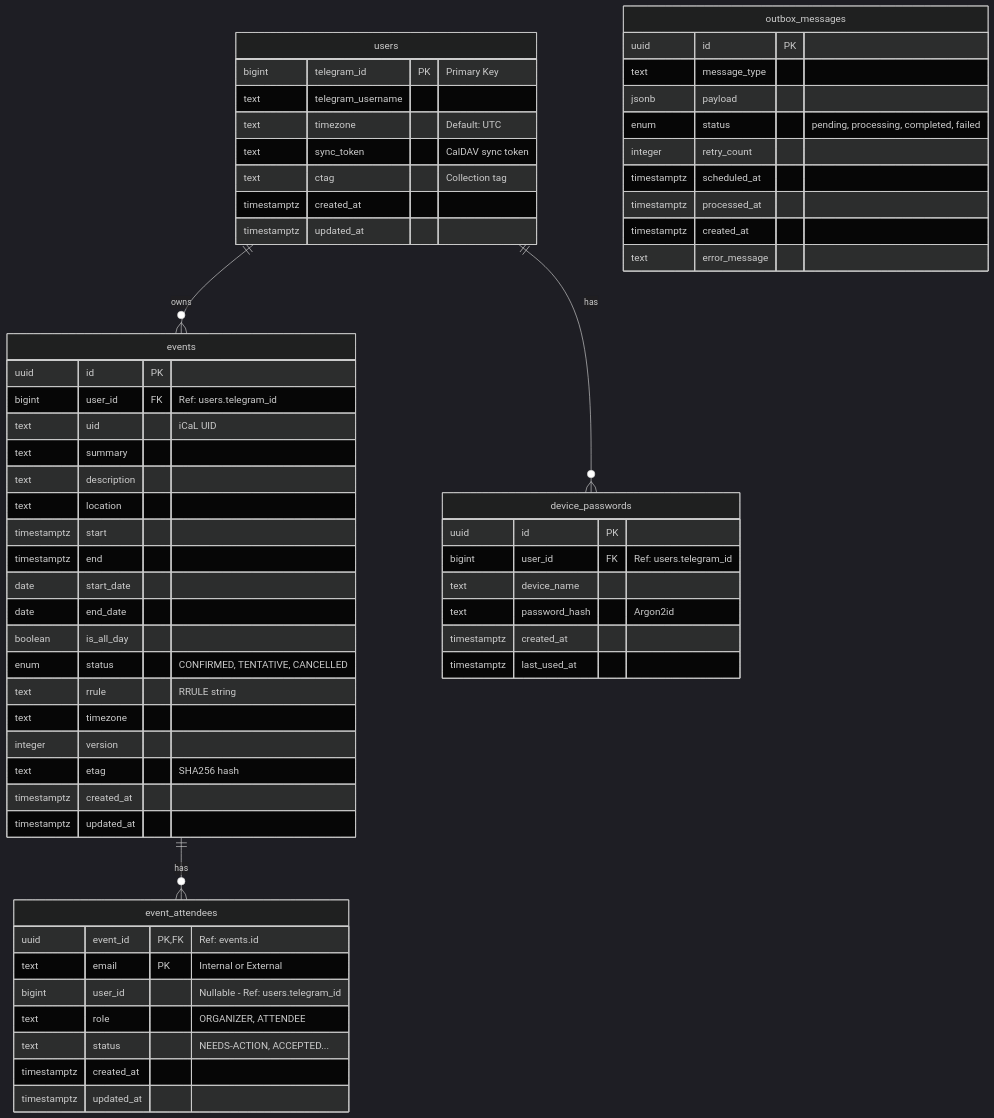
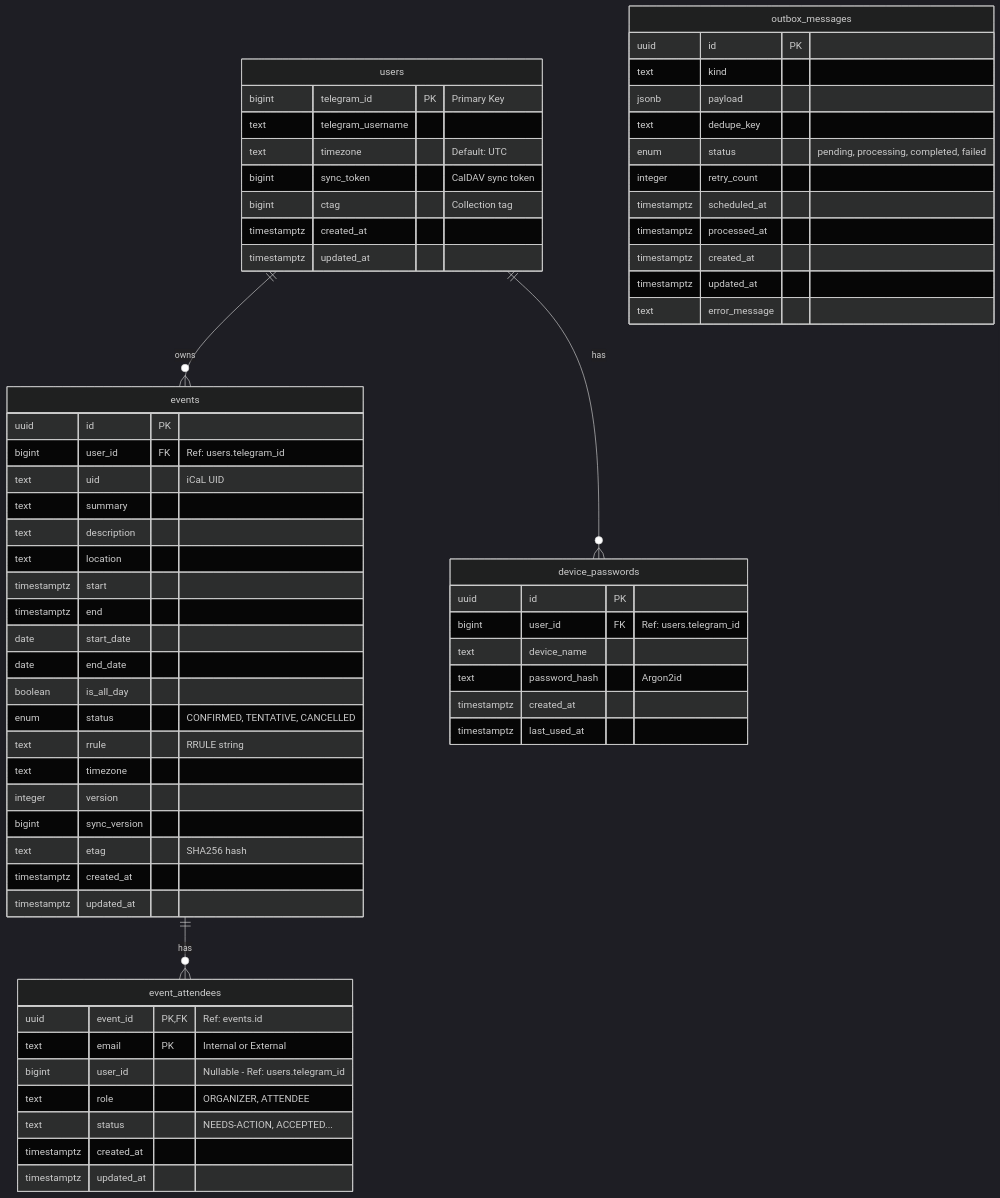
Before and after one commit to kirilledition/televent: the second of 2 diagrams in README.md, drawn with Mermaid (dark theme). The commit also changed other lines of this file and 107 other files, not shown here.

````diff
--- a/README.md
+++ b/README.md
@@ -60,72 +70,75 @@
 ```mermaid
 erDiagram
     users ||--o{ events : "owns"
     users ||--o{ device_passwords : "has"
     events ||--o{ event_attendees : "has"
 
     users {
         bigint telegram_id PK "Primary Key"
         text telegram_username
         text timezone "Default: UTC"
-        text sync_token "CalDAV sync token"
-        text ctag "Collection tag"
+        bigint sync_token "CalDAV sync token"
+        bigint ctag "Collection tag"
         timestamptz created_at
         timestamptz updated_at
     }
 
     events {
         uuid id PK
         bigint user_id FK "Ref: users.telegram_id"
         text uid "iCaL UID"
         text summary
         text description
         text location
         timestamptz start
         timestamptz end
         date start_date
         date end_date
         boolean is_all_day
         enum status "CONFIRMED, TENTATIVE, CANCELLED"
         text rrule "RRULE string"
         text timezone
         integer version
+        bigint sync_version
         text etag "SHA256 hash"
         timestamptz created_at
         timestamptz updated_at
     }
 
     device_passwords {
         uuid id PK
         bigint user_id FK "Ref: users.telegram_id"
         text device_name
         text password_hash "Argon2id"
         timestamptz created_at
         timestamptz last_used_at
     }
 
 
 
     event_attendees {
         uuid event_id PK, FK "Ref: events.id"
         text email PK "Internal or External"
         bigint user_id "Nullable - Ref: users.telegram_id"
         text role "ORGANIZER, ATTENDEE"
         text status "NEEDS-ACTION, ACCEPTED..."
         timestamptz created_at
         timestamptz updated_at
     }
 
     outbox_messages {
         uuid id PK
-        text message_type
+        text kind
         jsonb payload
+        text dedupe_key
         enum status "pending, processing, completed, failed"
         integer retry_count
         timestamptz scheduled_at
         timestamptz processed_at
         timestamptz created_at
+        timestamptz updated_at
         text error_message
     }
 
 
 ```
````
